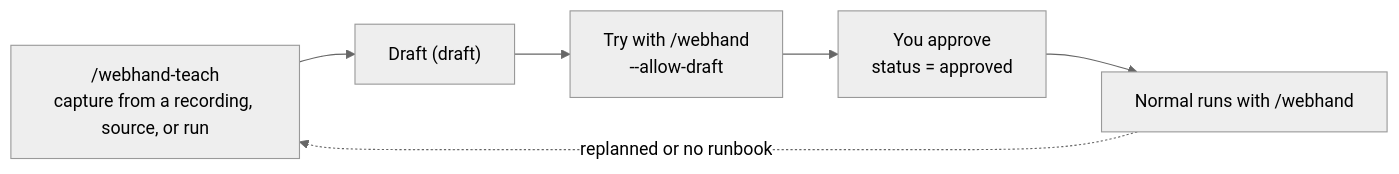
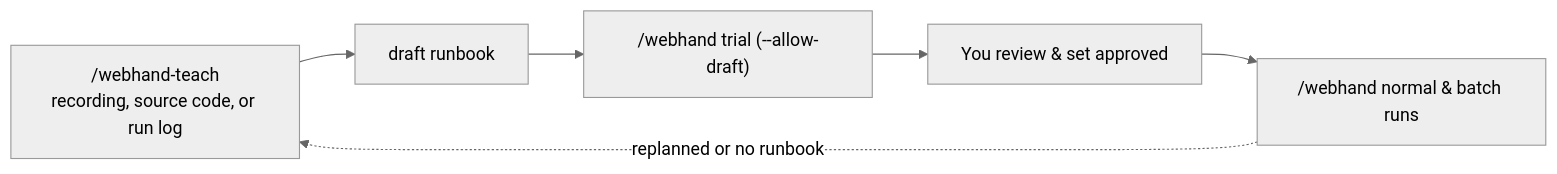
One commit to sakamoto66/webhand changed the first of 2 diagrams in docs/usage.md. Above: the diagram before and after it, drawn with Mermaid (neutral theme). The commit also changed other lines of this file and 24 other files, not shown here.

Commit message:
docs: restructure documentation architecture across docs/ and DEVELOPMENT

````diff
--- a/docs/usage.md
+++ b/docs/usage.md
@@ -73,8 +103,8 @@
 ```mermaid
 flowchart LR
-  L["/webhand-teach<br>capture from a recording, source, or run"] --> D["Draft (draft)"]
-  D --> T["Try with /webhand<br>--allow-draft"]
-  T --> A["You approve<br>status = approved"]
-  A --> R["Normal runs with /webhand"]
-  R -.->|replanned or no runbook| L
+  T["/webhand-teach<br/>recording, source code, or run log"] --> D["draft runbook"]
+  D --> Trial["/webhand trial (--allow-draft)"]
+  Trial --> App["You review & set approved"]
+  App --> Run["/webhand normal & batch runs"]
+  Run -.->|replanned or no runbook| T
 ```
````
